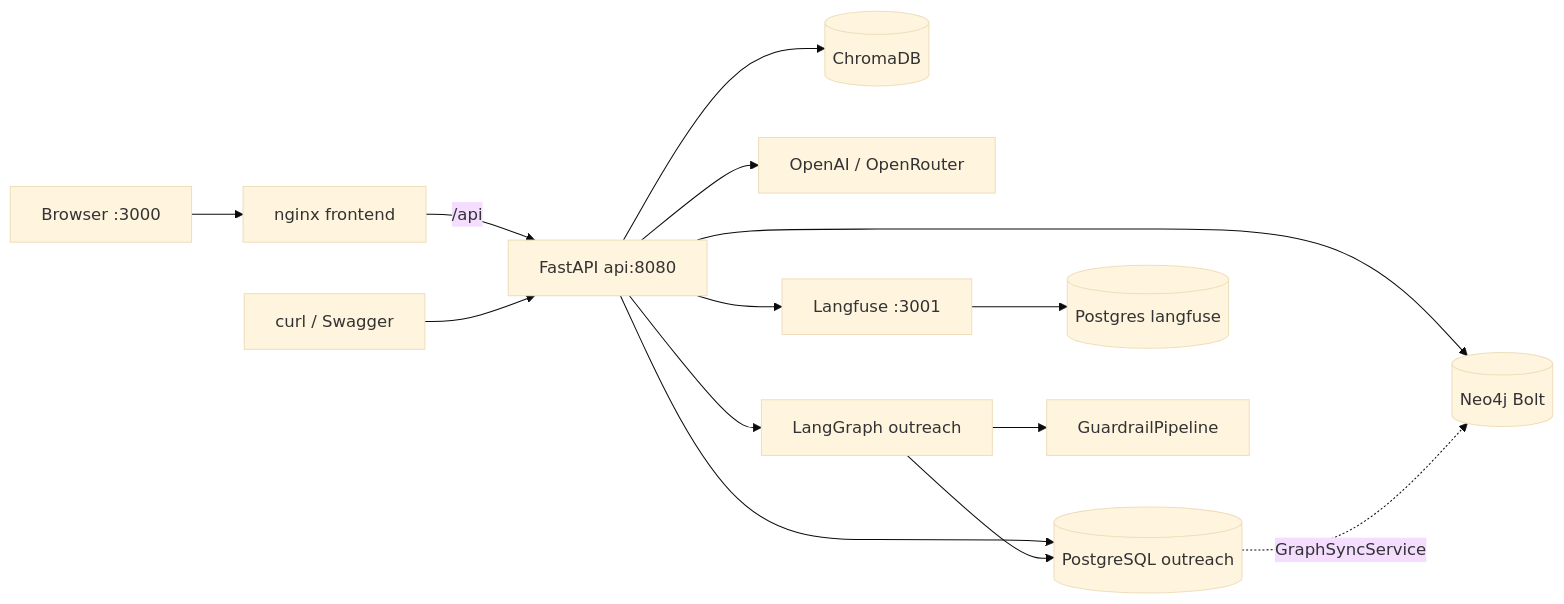
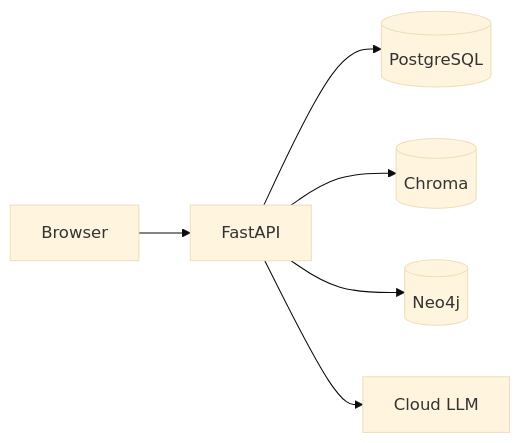
Before and after one commit to KirillUnity/outreach-ai-corte: the diagram in docs/ARCHITECTURE.md, drawn with Mermaid (base theme). The commit also changed other lines of this file and 20 other files, not shown here.

````diff
--- a/docs/ARCHITECTURE.md
+++ b/docs/ARCHITECTURE.md
@@ -5,16 +5,8 @@
 ```mermaid
 flowchart LR
-  Browser[Browser :3000] --> FE[nginx frontend]
-  FE -->|/api| API[FastAPI api:8080]
-  Client[curl / Swagger] --> API
-  API --> PG[(PostgreSQL outreach)]
-  API --> Chroma[(ChromaDB)]
-  API --> Neo[(Neo4j Bolt)]
-  API --> LLM[OpenAI / OpenRouter]
-  API --> LF[Langfuse :3001]
-  LF --> LFdb[(Postgres langfuse)]
-  API --> Agent[LangGraph outreach]
-  Agent --> Guards[GuardrailPipeline]
-  Agent --> PG
-  PG -.->|GraphSyncService| Neo
+  Browser[Browser] --> API[FastAPI]
+  API --> PG[(PostgreSQL)]
+  API --> Chroma[(Chroma)]
+  API --> Neo[(Neo4j)]
+  API --> LLM[Cloud LLM]
 ```
````
